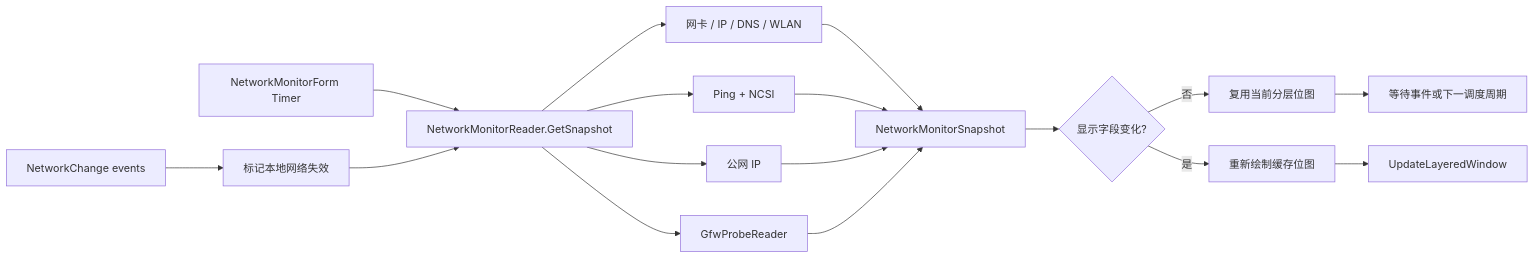
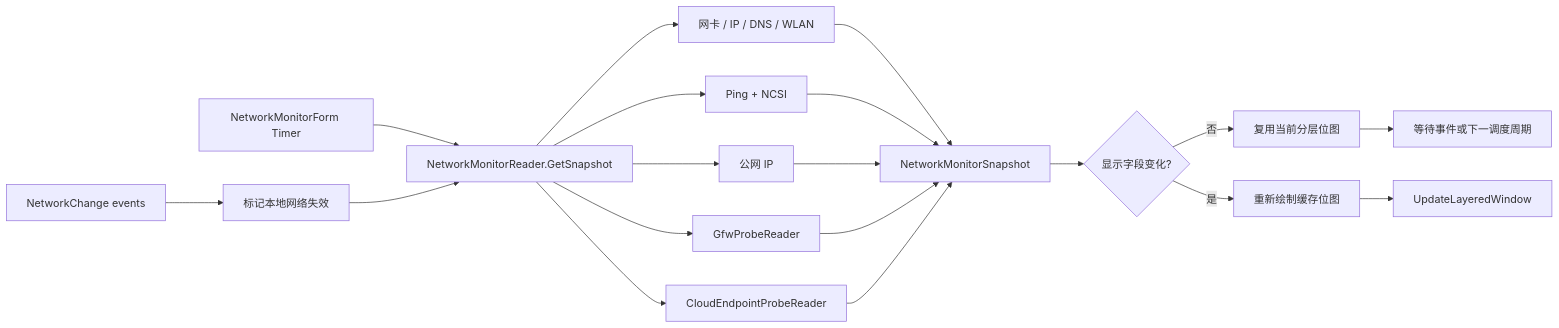
The diagram in Docs/NetworkMonitor-Architecture.md (AFT-Sakee01/DesktopCodexAssistant), drawn with Mermaid before and after one commit. The commit also changed other lines of this file and 29 other files, not shown here.

Commit message:
Publish public dual-architecture build

````diff
--- a/Docs/NetworkMonitor-Architecture.md
+++ b/Docs/NetworkMonitor-Architecture.md
@@ -41,19 +43,21 @@
 ```mermaid
 flowchart LR
     Timer["NetworkMonitorForm Timer"] --> Reader["NetworkMonitorReader.GetSnapshot"]
     NetEvent["NetworkChange events"] --> Invalid["标记本地网络失效"]
     Invalid --> Reader
     Reader --> Local["网卡 / IP / DNS / WLAN"]
     Reader --> Connectivity["Ping + NCSI"]
     Reader --> PublicIP["公网 IP"]
     Reader --> GFW["GfwProbeReader"]
+    Reader --> Cloud["CloudEndpointProbeReader"]
     Local --> Snapshot["NetworkMonitorSnapshot"]
     Connectivity --> Snapshot
     PublicIP --> Snapshot
     GFW --> Snapshot
+    Cloud --> Snapshot
     Snapshot --> Compare{"显示字段变化?"}
     Compare -- "否" --> Keep["复用当前分层位图"]
     Compare -- "是" --> Draw["重新绘制缓存位图"]
     Draw --> Layered["UpdateLayeredWindow"]
     Keep --> Wait["等待事件或下一调度周期"]
 ```
````
